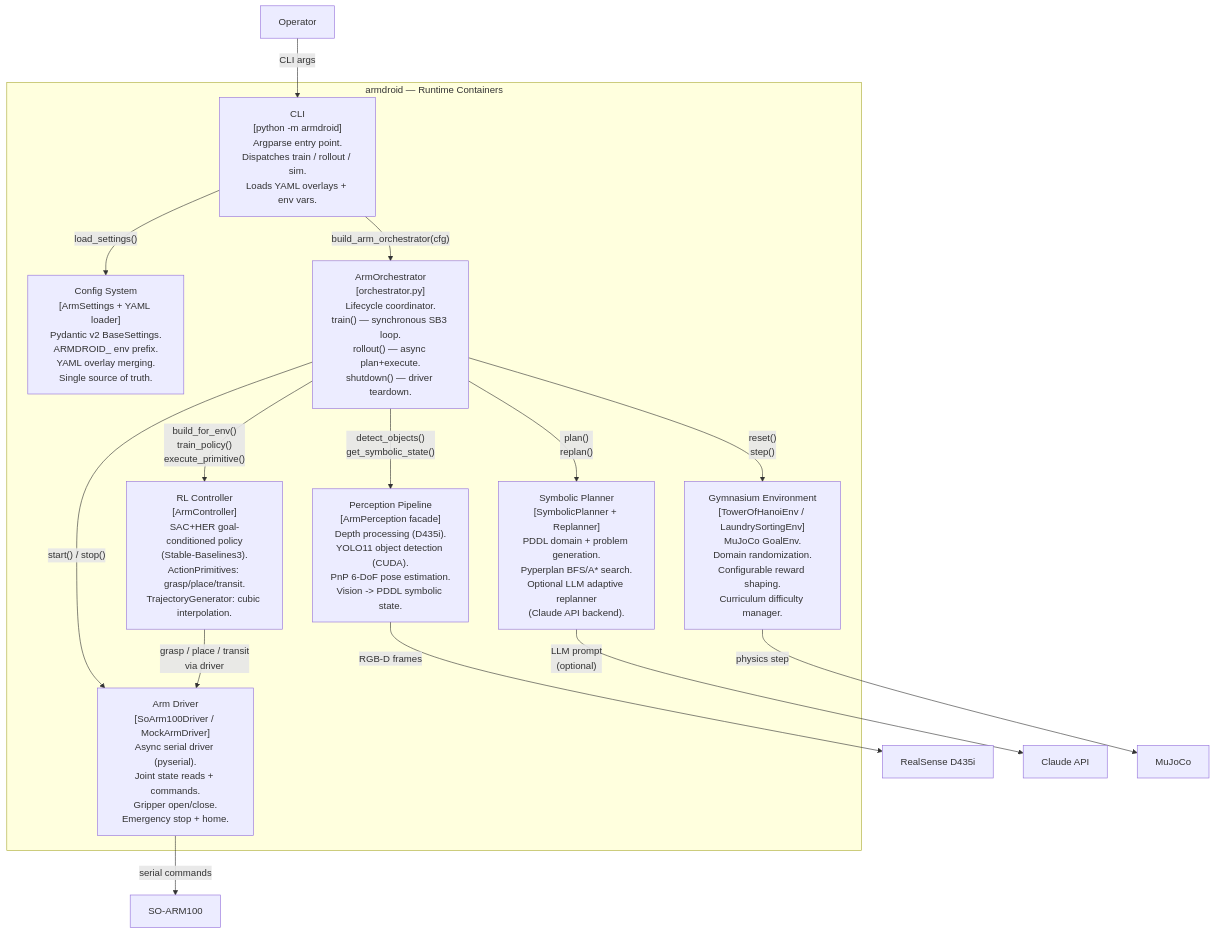
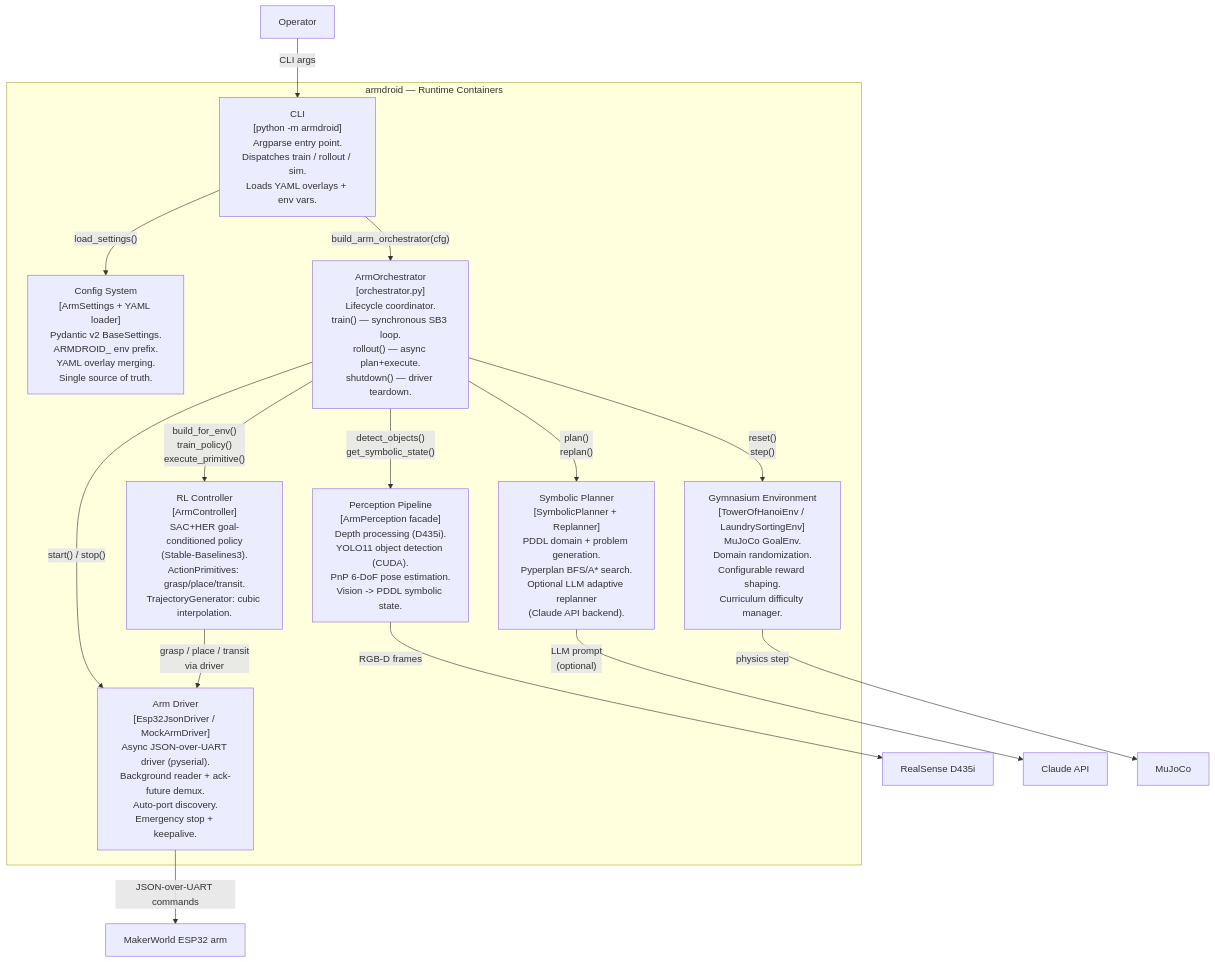
Before and after one commit to ianshank/Arm_Droid: the second of 3 diagrams in docs/architecture/C4.md, drawn with Mermaid. The commit also changed other lines of this file and 15 other files, not shown here.

````diff
--- a/docs/architecture/C4.md
+++ b/docs/architecture/C4.md
@@ -41,40 +41,40 @@
 ```mermaid
 graph TD
     subgraph armdroid ["armdroid — Runtime Containers"]
         cli["CLI\n[python -m armdroid]\nArgparse entry point.\nDispatches train / rollout / sim.\nLoads YAML overlays + env vars."]
 
         cfg["Config System\n[ArmSettings + YAML loader]\nPydantic v2 BaseSettings.\nARMDROID_ env prefix.\nYAML overlay merging.\nSingle source of truth."]
 
         orch["ArmOrchestrator\n[orchestrator.py]\nLifecycle coordinator.\ntrain() — synchronous SB3 loop.\nrollout() — async plan+execute.\nshutdown() — driver teardown."]
 
         perception["Perception Pipeline\n[ArmPerception facade]\nDepth processing (D435i).\nYOLO11 object detection (CUDA).\nPnP 6-DoF pose estimation.\nVision -> PDDL symbolic state."]
 
         planner["Symbolic Planner\n[SymbolicPlanner + Replanner]\nPDDL domain + problem generation.\nPyperplan BFS/A* search.\nOptional LLM adaptive replanner\n(Claude API backend)."]
 
         controller["RL Controller\n[ArmController]\nSAC+HER goal-conditioned policy\n(Stable-Baselines3).\nActionPrimitives: grasp/place/transit.\nTrajectoryGenerator: cubic interpolation."]
 
         env["Gymnasium Environment\n[TowerOfHanoiEnv / LaundrySortingEnv]\nMuJoCo GoalEnv.\nDomain randomization.\nConfigurable reward shaping.\nCurriculum difficulty manager."]
 
-        driver["Arm Driver\n[SoArm100Driver / MockArmDriver]\nAsync serial driver (pyserial).\nJoint state reads + commands.\nGripper open/close.\nEmergency stop + home."]
+        driver["Arm Driver\n[Esp32JsonDriver / MockArmDriver]\nAsync JSON-over-UART driver (pyserial).\nBackground reader + ack-future demux.\nAuto-port discovery.\nEmergency stop + keepalive."]
     end
 
     user["Operator"]
-    hw["SO-ARM100"]
+    hw["MakerWorld ESP32 arm"]
     cam["RealSense D435i"]
     llm["Claude API"]
     sim["MuJoCo"]
 
     user -->|"CLI args"| cli
     cli -->|"load_settings()"| cfg
     cli -->|"build_arm_orchestrator(cfg)"| orch
     orch -->|"detect_objects()\nget_symbolic_state()"| perception
     orch -->|"plan()\nreplan()"| planner
     orch -->|"build_for_env()\ntrain_policy()\nexecute_primitive()"| controller
     orch -->|"reset()\nstep()"| env
     orch -->|"start() / stop()"| driver
     controller -->|"grasp / place / transit\nvia driver"| driver
     planner -->|"LLM prompt\n(optional)"| llm
     perception -->|"RGB-D frames"| cam
-    driver -->|"serial commands"| hw
+    driver -->|"JSON-over-UART commands"| hw
     env -->|"physics step"| sim
 ```
````
